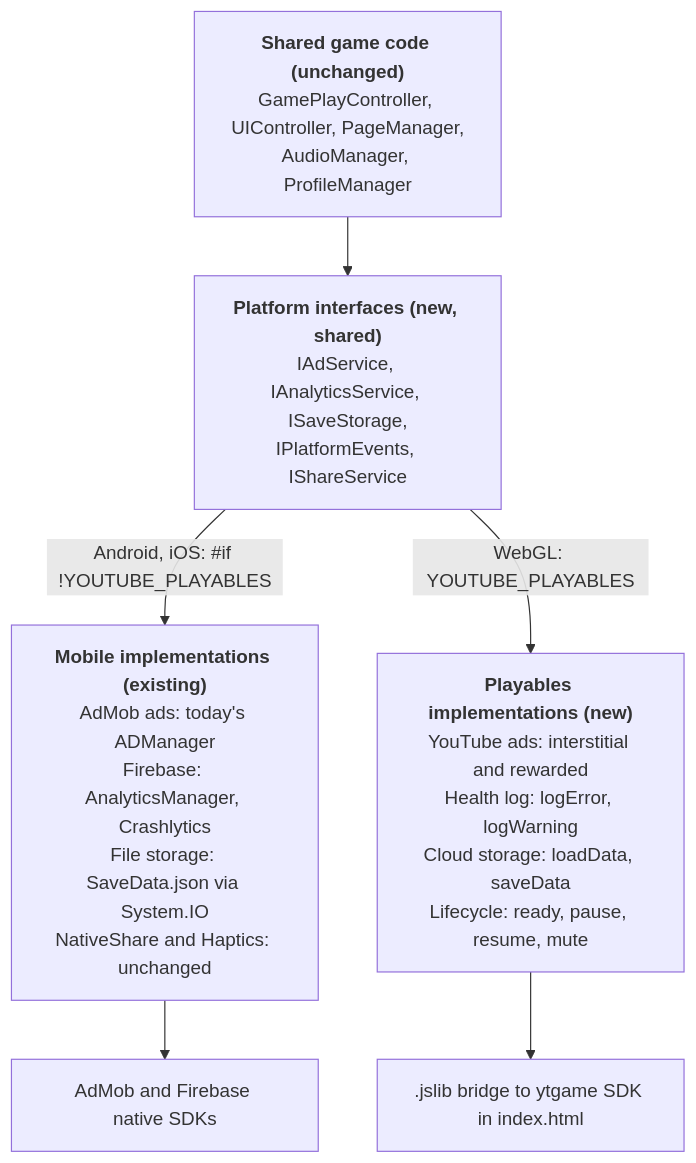
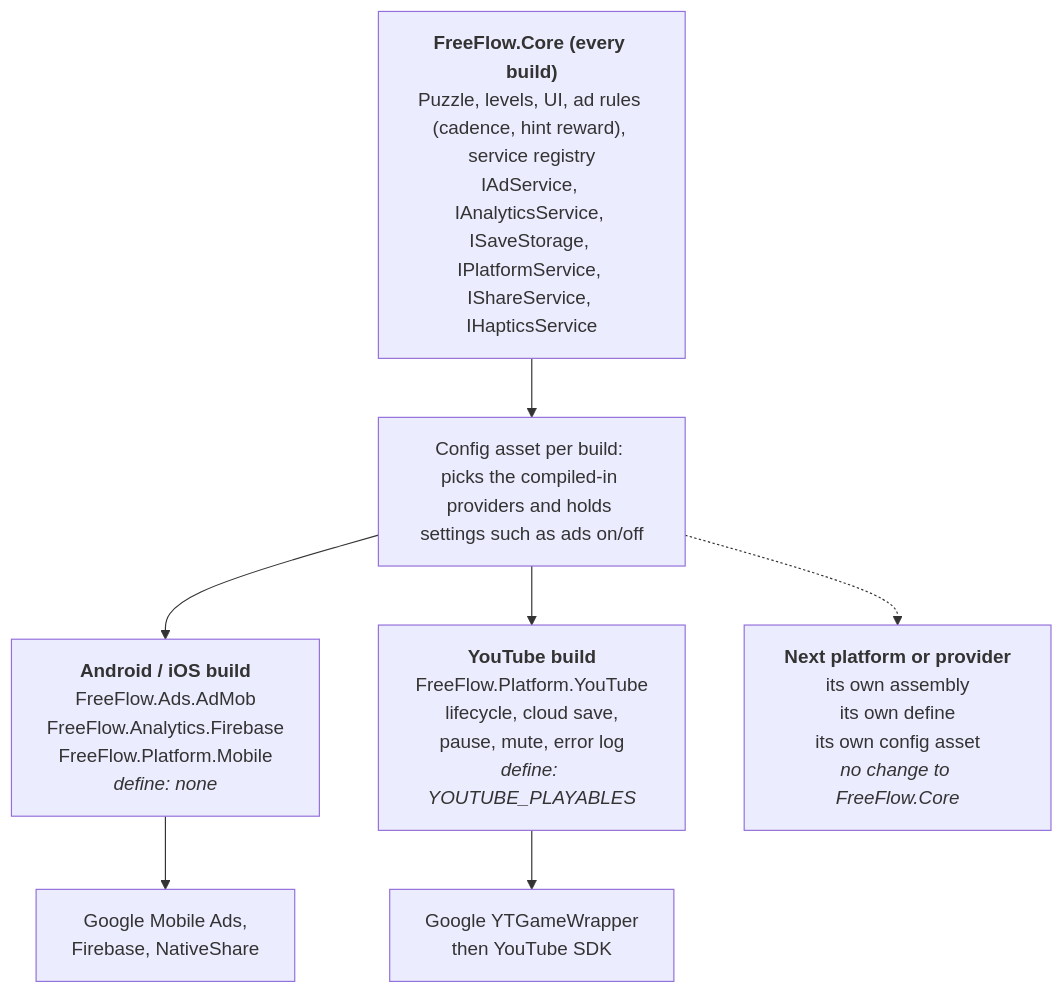
The diagram in Docs/YOUTUBE_PLAYABLES_PLAN.md (umeshlahudkar/FreeFlow), drawn with Mermaid before and after one commit. The commit also changed other lines of this file and 1 other file, not shown here.

First line of the commit message:
Replace YouTube Playables docs with a single plan

````diff
--- a/Docs/YOUTUBE_PLAYABLES_PLAN.md
+++ b/Docs/YOUTUBE_PLAYABLES_PLAN.md
@@ -25,15 +136,17 @@
 ```mermaid
 flowchart TD
-    shared["<b>Shared game code (unchanged)</b><br/>GamePlayController, UIController, PageManager,<br/>AudioManager, ProfileManager"]
-    iface["<b>Platform interfaces (new, shared)</b><br/>IAdService, IAnalyticsService, ISaveStorage,<br/>IPlatformEvents, IShareService"]
-    mobile["<b>Mobile implementations (existing)</b><br/>AdMob ads: today's ADManager<br/>Firebase: AnalyticsManager, Crashlytics<br/>File storage: SaveData.json via System.IO<br/>NativeShare and Haptics: unchanged"]
-    yt["<b>Playables implementations (new)</b><br/>YouTube ads: interstitial and rewarded<br/>Health log: logError, logWarning<br/>Cloud storage: loadData, saveData<br/>Lifecycle: ready, pause, resume, mute"]
-    native["AdMob and Firebase native SDKs"]
-    jslib[".jslib bridge to ytgame SDK in index.html"]
+    core["<b>FreeFlow.Core (every build)</b><br/>Puzzle, levels, UI, ad rules (cadence, hint reward), service registry<br/>IAdService, IAnalyticsService, ISaveStorage, IPlatformService, IShareService, IHapticsService"]
+    config["Config asset per build: picks the compiled-in providers and holds settings such as ads on/off"]
+    android["<b>Android / iOS build</b><br/>FreeFlow.Ads.AdMob<br/>FreeFlow.Analytics.Firebase<br/>FreeFlow.Platform.Mobile<br/><i>define: none</i>"]
+    youtube["<b>YouTube build</b><br/>FreeFlow.Platform.YouTube<br/>lifecycle, cloud save,<br/>pause, mute, error log<br/><i>define: YOUTUBE_PLAYABLES</i>"]
+    future["<b>Next platform or provider</b><br/>its own assembly<br/>its own define<br/>its own config asset<br/><i>no change to FreeFlow.Core</i>"]
+    msdk["Google Mobile Ads,<br/>Firebase, NativeShare"]
+    ysdk["Google YTGameWrapper<br/>then YouTube SDK"]
 
-    shared --> iface
-    iface -- "Android, iOS: #if !YOUTUBE_PLAYABLES" --> mobile
-    iface -- "WebGL: YOUTUBE_PLAYABLES" --> yt
-    mobile --> native
-    yt --> jslib
+    core --> config
+    config --> android
+    config --> youtube
+    config -.-> future
+    android --> msdk
+    youtube --> ysdk
 ```
````
